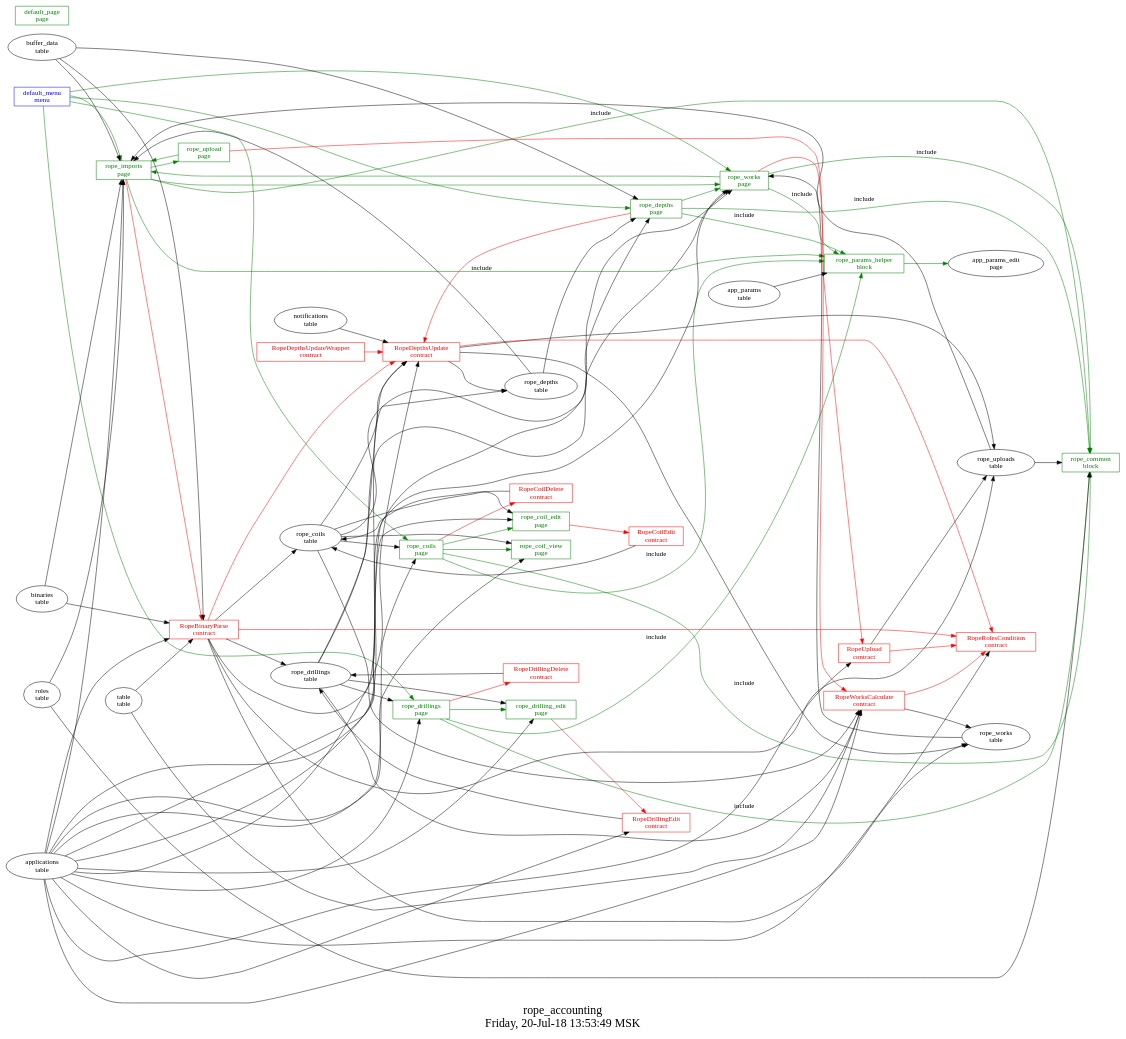
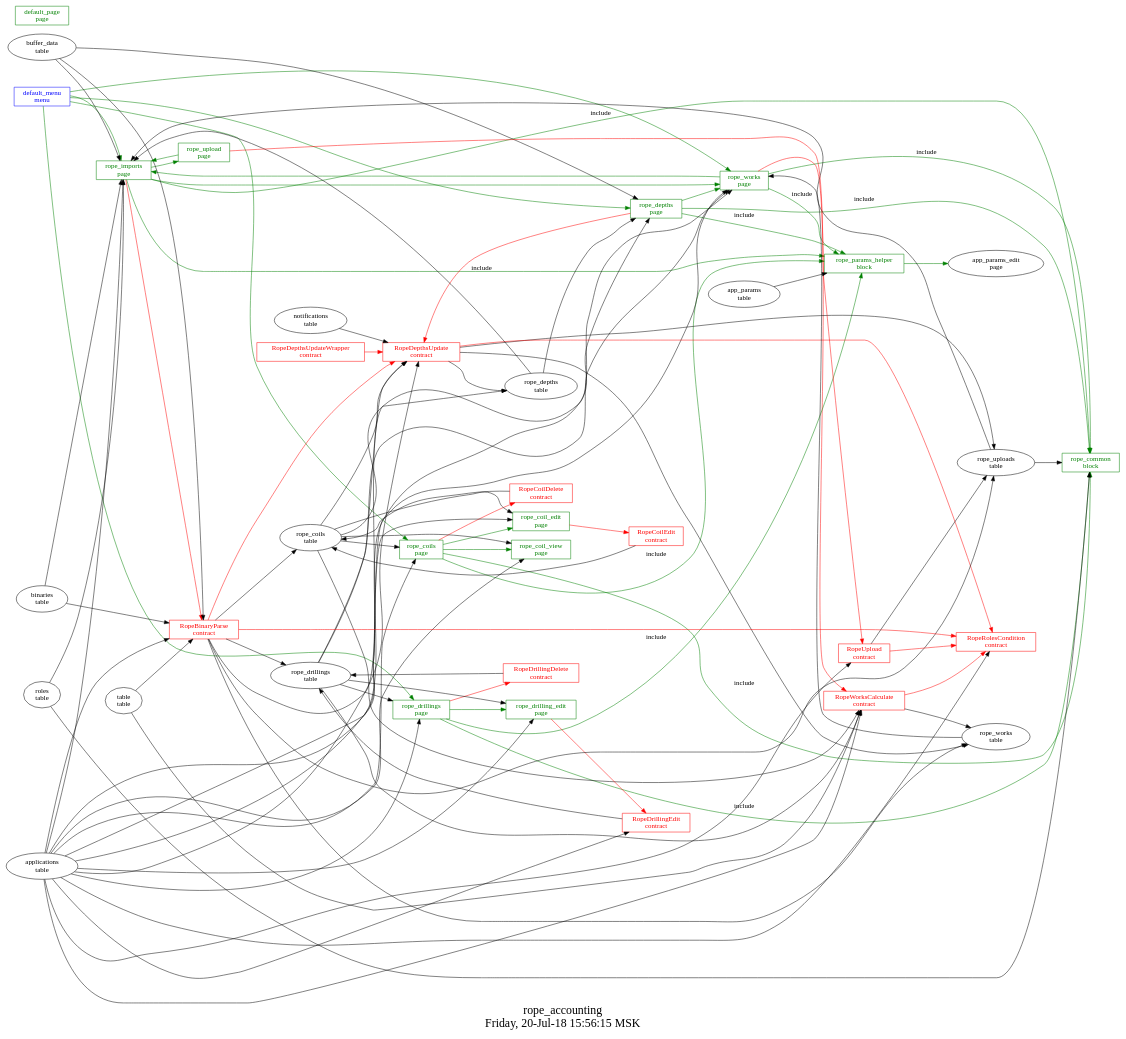
The diagram in src/rope_accounting/struct.dot (AplaProject/apps), drawn with Graphviz before and after one commit. The commit also changed 3 other files, not shown here.

```diff
--- a/src/rope_accounting/struct.dot
+++ b/src/rope_accounting/struct.dot
@@ -1,131 +1,129 @@
 digraph G {
-graph [
-  fontsize="24";
-  label="rope_accounting\nFriday, 20-Jul-18 13:53:49 MSK";
-  nojustify=true;
-  ordering=out;
-  rankdir=LR;
-  size="30";
-];
+fontsize="24";
+label="rope_accounting\nFriday, 20-Jul-18 15:56:15 MSK";
+nojustify=true;
+ordering=out;
+rankdir=LR;
+size="30";
 "default_menu\nmenu" -> "rope_imports\npage"  [ color=green ]
 "default_menu\nmenu" -> "rope_works\npage"  [ color=green ]
 "default_menu\nmenu" -> "rope_depths\npage"  [ color=green ]
 "default_menu\nmenu" -> "rope_drillings\npage"  [ color=green ]
 "default_menu\nmenu" -> "rope_coils\npage"  [ color=green ]
 "default_menu\nmenu" [color=blue, fontcolor=blue, group=menus, shape=record];
 "default_page\npage" [color=green, fontcolor=green, group=pages, shape=record];
 "rope_coil_edit\npage" -> "RopeCoilEdit\ncontract"  [ color=red ]
 "applications\ntable" -> "rope_coil_edit\npage"
 "rope_coils\ntable" -> "rope_coil_edit\npage"
 "rope_coil_edit\npage" [color=green, fontcolor=green, group=pages, shape=record];
 "applications\ntable" -> "rope_coil_view\npage"
 "rope_coils\ntable" -> "rope_coil_view\npage"
 "rope_coil_view\npage" [color=green, fontcolor=green, group=pages, shape=record];
 "rope_coils\npage" -> "RopeCoilDelete\ncontract"  [ color=red ]
 "applications\ntable" -> "rope_coils\npage"
 "rope_coils\ntable" -> "rope_coils\npage"
 "rope_coils\npage" -> "rope_coil_edit\npage"  [ color=green ]
 "rope_coils\npage" -> "rope_coil_view\npage"  [ color=green ]
 "rope_coils\npage" -> "rope_common\nblock"  [ color=green, label=include ]
 "rope_coils\npage" -> "rope_params_helper\nblock"  [ color=green, label=include ]
 "rope_coils\npage" [color=green, fontcolor=green, group=pages, shape=record];
 "rope_depths\npage" -> "RopeDepthsUpdate\ncontract"  [ color=red ]
 "applications\ntable" -> "rope_depths\npage"
 "rope_depths\ntable" -> "rope_depths\npage"
 "buffer_data\ntable" -> "rope_depths\npage"
 "rope_depths\npage" -> "rope_works\npage"  [ color=green ]
 "rope_depths\npage" -> "rope_common\nblock"  [ color=green, label=include ]
 "rope_depths\npage" -> "rope_params_helper\nblock"  [ color=green, label=include ]
 "rope_depths\npage" [color=green, fontcolor=green, group=pages, shape=record];
 "rope_drilling_edit\npage" -> "RopeDrillingEdit\ncontract"  [ color=red ]
 "applications\ntable" -> "rope_drilling_edit\npage"
 "rope_drillings\ntable" -> "rope_drilling_edit\npage"
 "rope_drilling_edit\npage" [color=green, fontcolor=green, group=pages, shape=record];
 "rope_drillings\npage" -> "RopeDrillingDelete\ncontract"  [ color=red ]
 "applications\ntable" -> "rope_drillings\npage"
 "rope_drillings\ntable" -> "rope_drillings\npage"
 "rope_drillings\npage" -> "rope_drilling_edit\npage"  [ color=green ]
 "rope_drillings\npage" -> "rope_common\nblock"  [ color=green, label=include ]
 "rope_drillings\npage" -> "rope_params_helper\nblock"  [ color=green, label=include ]
 "rope_drillings\npage" [color=green, fontcolor=green, group=pages, shape=record];
 "rope_imports\npage" -> "RopeBinaryParse\ncontract"  [ color=red ]
 "applications\ntable" -> "rope_imports\npage"
 "roles\ntable" -> "rope_imports\npage"
 "rope_uploads\ntable" -> "rope_imports\npage"
 "binaries\ntable" -> "rope_imports\npage"
 "rope_depths\ntable" -> "rope_imports\npage"
 "buffer_data\ntable" -> "rope_imports\npage"
 "rope_imports\npage" -> "rope_upload\npage"  [ color=green ]
 "rope_imports\npage" -> "rope_works\npage"  [ color=green ]
 "rope_imports\npage" -> "rope_common\nblock"  [ color=green, label=include ]
 "rope_imports\npage" -> "rope_params_helper\nblock"  [ color=green, label=include ]
 "rope_imports\npage" [color=green, fontcolor=green, group=pages, shape=record];
 "rope_upload\npage" -> "RopeUpload\ncontract"  [ color=red ]
 "rope_upload\npage" -> "rope_imports\npage"  [ color=green ]
 "rope_upload\npage" [color=green, fontcolor=green, group=pages, shape=record];
 "rope_works\npage" -> "RopeWorksCalculate\ncontract"  [ color=red ]
 "applications\ntable" -> "rope_works\npage"
 "rope_works\ntable" -> "rope_works\npage"
 "rope_drillings\ntable" -> "rope_works\npage"
 "rope_coils\ntable" -> "rope_works\npage"
 "rope_works\npage" -> "rope_imports\npage"  [ color=green ]
 "rope_works\npage" -> "rope_common\nblock"  [ color=green, label=include ]
 "rope_works\npage" -> "rope_params_helper\nblock"  [ color=green, label=include ]
 "rope_works\npage" [color=green, fontcolor=green, group=pages, shape=record];
 "roles\ntable" -> "rope_common\nblock"
 "rope_uploads\ntable" -> "rope_common\nblock"
 "rope_common\nblock" [color=green, fontcolor=green, group=blocks, shape=record];
 "app_params\ntable" -> "rope_params_helper\nblock"
 "rope_params_helper\nblock" -> "app_params_edit\npage"  [ color=green ]
 "rope_params_helper\nblock" [color=green, fontcolor=green, group=blocks, shape=record];
 "RopeBinaryParse\ncontract" -> "RopeDepthsUpdate\ncontract"  [ color=red ]
 "RopeBinaryParse\ncontract" -> "RopeRolesCondition\ncontract"  [ color=red ]
 "RopeBinaryParse\ncontract" -> "rope_coils\ntable"  [ color="" ]
 "RopeBinaryParse\ncontract" -> "rope_drillings\ntable"  [ color="" ]
 "RopeBinaryParse\ncontract" -> "rope_works\ntable"  [ color="" ]
 "RopeBinaryParse\ncontract" -> "rope_depths\ntable"  [ color="" ]
 "RopeBinaryParse\ncontract" -> "rope_uploads\ntable"  [ color="" ]
 "table\ntable" -> "RopeBinaryParse\ncontract"
 "buffer_data\ntable" -> "RopeBinaryParse\ncontract"
 "binaries\ntable" -> "RopeBinaryParse\ncontract"
 "applications\ntable" -> "RopeBinaryParse\ncontract"
 "RopeBinaryParse\ncontract" [color=red, fontcolor=red, group=contracts, shape=record];
 "RopeCoilDelete\ncontract" -> "rope_coils\ntable"  [ color="" ]
 "RopeCoilDelete\ncontract" [color=red, fontcolor=red, group=contracts, shape=record];
 "RopeCoilEdit\ncontract" -> "rope_coils\ntable"  [ color="" ]
 "RopeCoilEdit\ncontract" [color=red, fontcolor=red, group=contracts, shape=record];
 "RopeDepthsUpdate\ncontract" -> "RopeRolesCondition\ncontract"  [ color=red ]
 "RopeDepthsUpdate\ncontract" -> "rope_uploads\ntable"  [ color="" ]
 "RopeDepthsUpdate\ncontract" -> "rope_works\ntable"  [ color="" ]
 "RopeDepthsUpdate\ncontract" -> "rope_depths\ntable"  [ color="" ]
 "notifications\ntable" -> "RopeDepthsUpdate\ncontract"
 "rope_drillings\ntable" -> "RopeDepthsUpdate\ncontract"
 "rope_coils\ntable" -> "RopeDepthsUpdate\ncontract"
 "applications\ntable" -> "RopeDepthsUpdate\ncontract"
 "RopeDepthsUpdate\ncontract" [color=red, fontcolor=red, group=contracts, shape=record];
 "RopeDepthsUpdateWrapper\ncontract" -> "RopeDepthsUpdate\ncontract"  [ color=red ]
 "RopeDepthsUpdateWrapper\ncontract" [color=red, fontcolor=red, group=contracts, shape=record];
 "RopeDrillingDelete\ncontract" -> "rope_drillings\ntable"  [ color="" ]
 "RopeDrillingDelete\ncontract" [color=red, fontcolor=red, group=contracts, shape=record];
 "RopeDrillingEdit\ncontract" -> "rope_drillings\ntable"  [ color="" ]
 "applications\ntable" -> "RopeDrillingEdit\ncontract"
 "RopeDrillingEdit\ncontract" [color=red, fontcolor=red, group=contracts, shape=record];
 "applications\ntable" -> "RopeRolesCondition\ncontract"
 "RopeRolesCondition\ncontract" [color=red, fontcolor=red, group=contracts, shape=record];
 "RopeUpload\ncontract" -> "RopeRolesCondition\ncontract"  [ color=red ]
 "RopeUpload\ncontract" -> "rope_uploads\ntable"  [ color="" ]
 "applications\ntable" -> "RopeUpload\ncontract"
 "RopeUpload\ncontract" [color=red, fontcolor=red, group=contracts, shape=record];
 "RopeWorksCalculate\ncontract" -> "RopeRolesCondition\ncontract"  [ color=red ]
 "RopeWorksCalculate\ncontract" -> "rope_works\ntable"  [ color="" ]
 "table\ntable" -> "RopeWorksCalculate\ncontract"
 "applications\ntable" -> "RopeWorksCalculate\ncontract"
 "rope_coils\ntable" -> "RopeWorksCalculate\ncontract"
 "rope_drillings\ntable" -> "RopeWorksCalculate\ncontract"
 "RopeWorksCalculate\ncontract" [color=red, fontcolor=red, group=contracts, shape=record];
 "rope_coils\ntable" [color="", fontcolor="", group=tables, shape=""];
 "rope_depths\ntable" [color="", fontcolor="", group=tables, shape=""];
 "rope_drillings\ntable" [color="", fontcolor="", group=tables, shape=""];
 "rope_uploads\ntable" [color="", fontcolor="", group=tables, shape=""];
 "rope_works\ntable" [color="", fontcolor="", group=tables, shape=""];
 }
```
